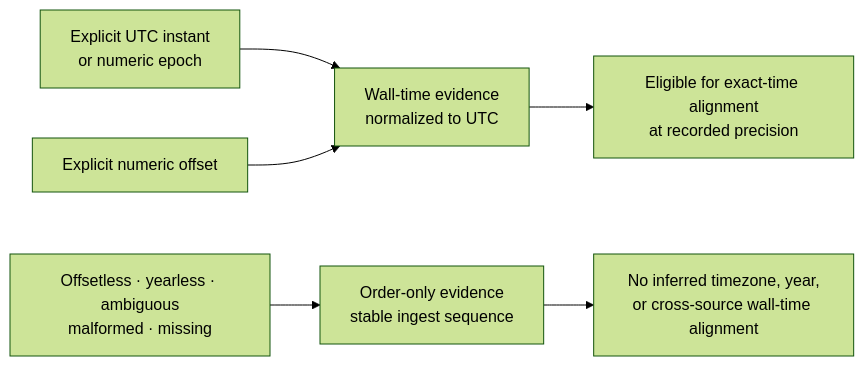
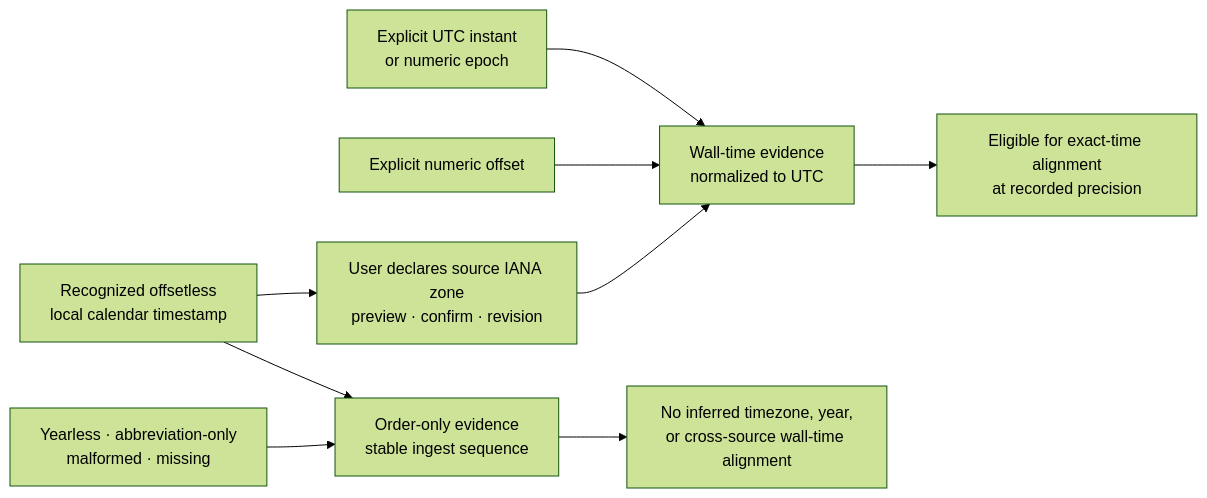
Before and after one commit to chriscase/ContextDesk: the second of 2 diagrams in docs/design/proven-methods/LOG_EVIDENCE_PIPELINE.md, drawn with Mermaid (forest theme). The commit also changed other lines of this file and 20 other files, not shown here.

````diff
--- a/docs/design/proven-methods/LOG_EVIDENCE_PIPELINE.md
+++ b/docs/design/proven-methods/LOG_EVIDENCE_PIPELINE.md
@@ -164,16 +175,20 @@
 ```mermaid
 flowchart LR
 %% title: Timestamp evidence classification for alignment
     Z["Explicit UTC instant<br/>or numeric epoch"]
     O["Explicit numeric offset"]
     W["Wall-time evidence<br/>normalized to UTC"]
     A["Eligible for exact-time alignment<br/>at recorded precision"]
-    L["Offsetless · yearless · ambiguous<br/>malformed · missing"]
+    L["Recognized offsetless<br/>local calendar timestamp"]
+    D["User declares source IANA zone<br/>preview · confirm · revision"]
+    U["Yearless · abbreviation-only<br/>malformed · missing"]
     Q["Order-only evidence<br/>stable ingest sequence"]
     C["No inferred timezone, year,<br/>or cross-source wall-time alignment"]
 
     Z --> W
     O --> W
     W --> A
-    L --> Q --> C
+    L --> Q
+    L --> D --> W
+    U --> Q --> C
 ```
````
